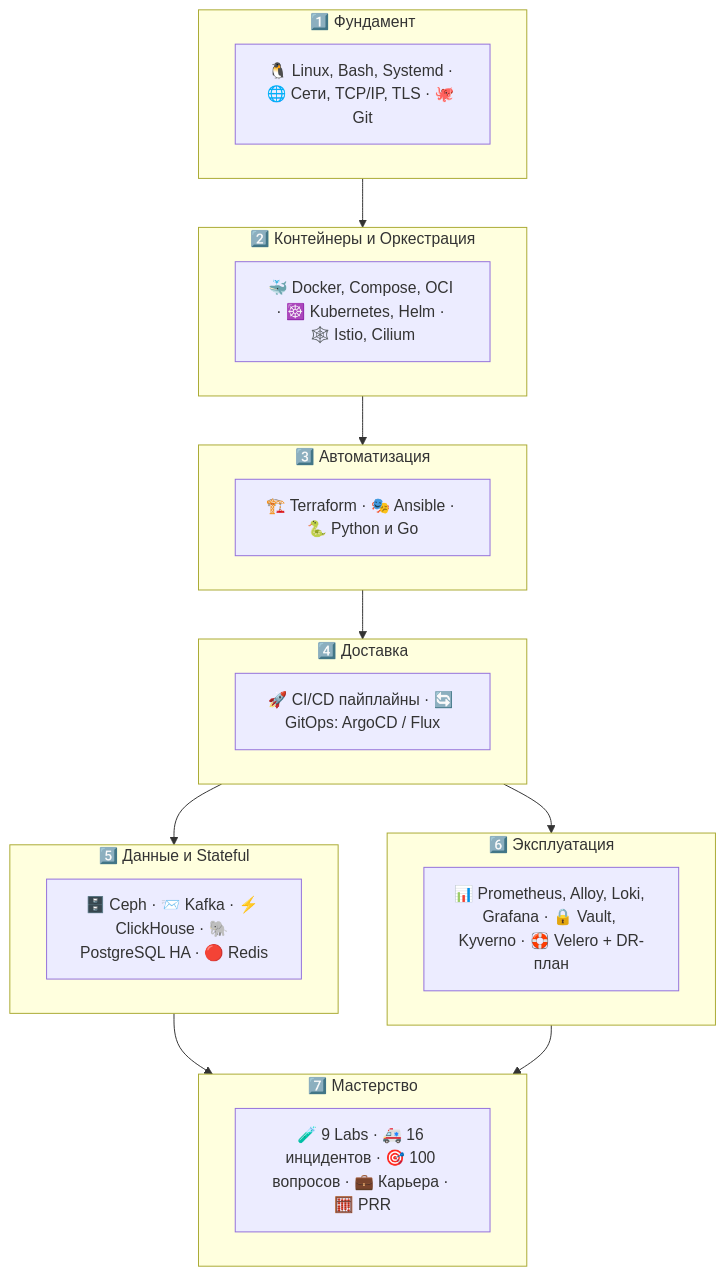
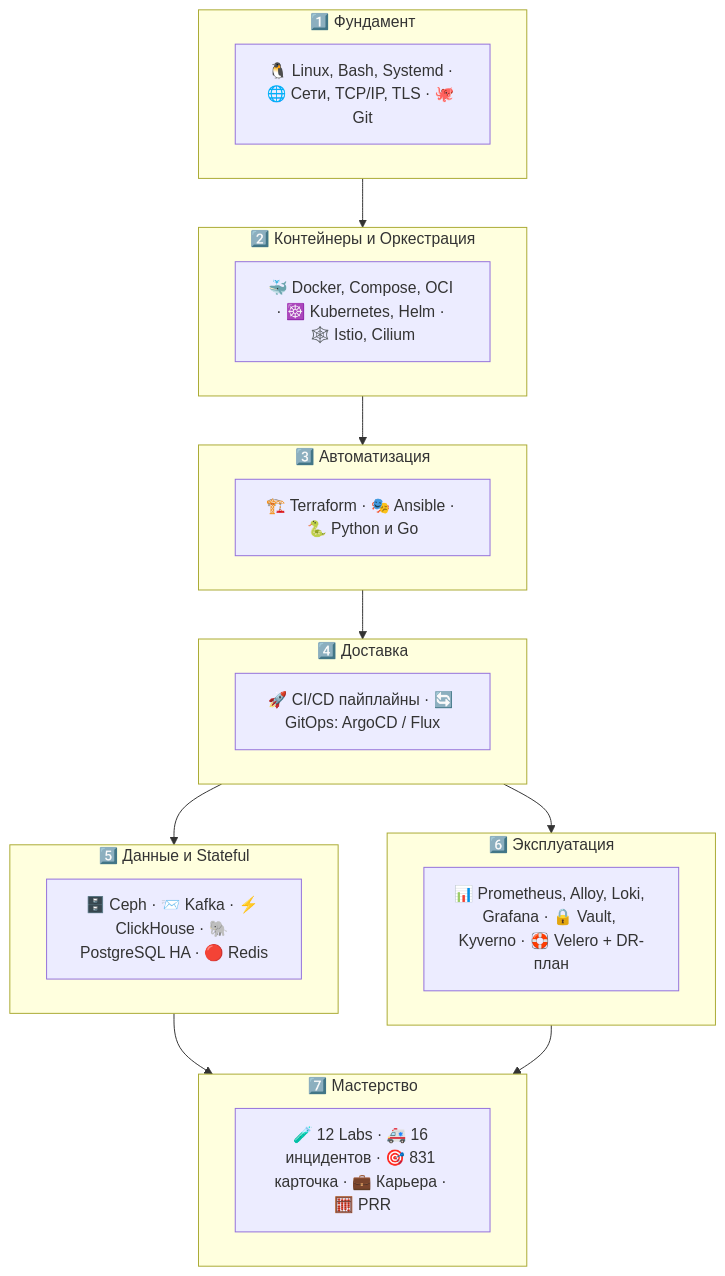
One commit to alisaalisaalisaalisas/doka changed the diagram in docs/index.md. Above: the diagram before and after it, drawn with Mermaid. The commit also changed other lines of this file and 415 other files, not shown here.

````diff
--- a/docs/index.md
+++ b/docs/index.md
@@ -11,32 +29,32 @@
 ```mermaid
 flowchart TD
     subgraph S1["1️⃣ Фундамент"]
         A1["🐧 Linux, Bash, Systemd · 🌐 Сети, TCP/IP, TLS · 🐙 Git"]
     end
     subgraph S2["2️⃣ Контейнеры и Оркестрация"]
         B1["🐳 Docker, Compose, OCI · ☸️ Kubernetes, Helm · 🕸️ Istio, Cilium"]
     end
     subgraph S3["3️⃣ Автоматизация"]
         C1["🏗️ Terraform · 🎭 Ansible · 🐍 Python и Go"]
     end
     subgraph S4["4️⃣ Доставка"]
         D1["🚀 CI/CD пайплайны · 🔄 GitOps: ArgoCD / Flux"]
     end
     subgraph S5["5️⃣ Данные и Stateful"]
         E1["🗄️ Ceph · 📨 Kafka · ⚡ ClickHouse · 🐘 PostgreSQL HA · 🔴 Redis"]
     end
     subgraph S6["6️⃣ Эксплуатация"]
         F1["📊 Prometheus, Alloy, Loki, Grafana · 🔒 Vault, Kyverno · 🛟 Velero + DR-план"]
     end
     subgraph S7["7️⃣ Мастерство"]
-        G1["🧪 9 Labs · 🚑 16 инцидентов · 🎯 100 вопросов · 💼 Карьера · 🧮 PRR"]
+        G1["🧪 12 Labs · 🚑 16 инцидентов · 🎯 831 карточка · 💼 Карьера · 🧮 PRR"]
     end
 
     S1 --> S2
     S2 --> S3
     S3 --> S4
     S4 --> S5
     S4 --> S6
     S5 --> S7
     S6 --> S7
 ```
````
